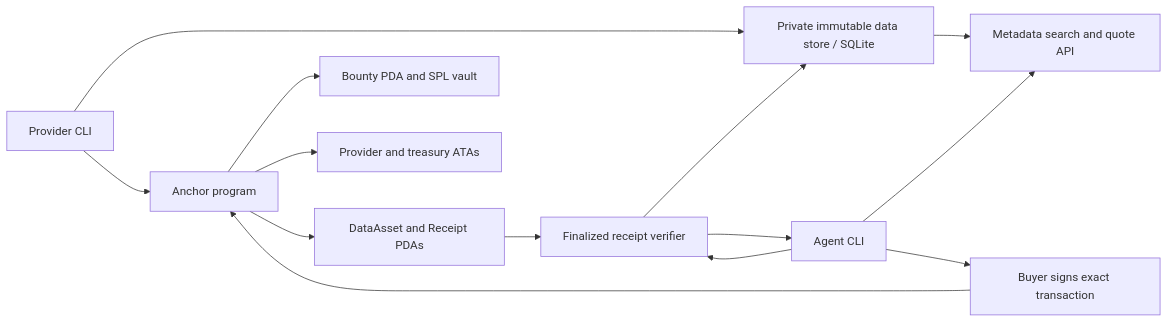
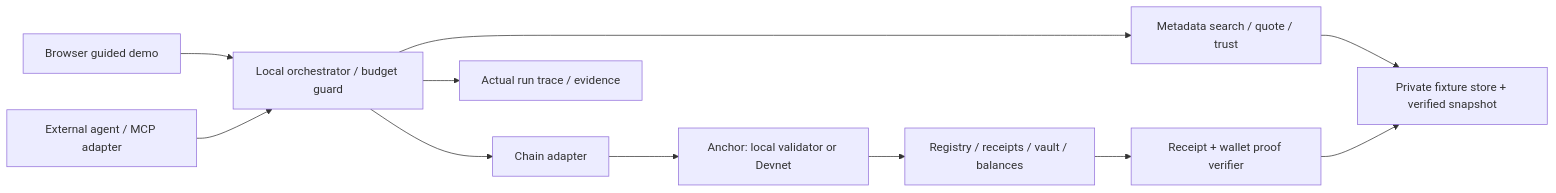
One commit to ofsng/agent-data-network changed the diagram in STARTUP-PACKAGE/06-ENGINEERING/ARCHITECTURE.md. Above: the diagram before and after it, drawn with Mermaid. The commit also changed other lines of this file and 48 other files, not shown here.

Commit message:
Docs: adopt V1.5 single-session package (archive excluded); bounty fixture v2

````diff
--- a/STARTUP-PACKAGE/06-ENGINEERING/ARCHITECTURE.md
+++ b/STARTUP-PACKAGE/06-ENGINEERING/ARCHITECTURE.md
@@ -4,16 +3,13 @@
 ```mermaid
 flowchart LR
-  P[Provider CLI] --> S[Private immutable data store / SQLite]
-  S --> Q[Metadata search and quote API]
-  A[Agent CLI] --> Q
-  A --> W[Buyer signs exact transaction]
-  P --> C[Anchor program]
-  W --> C
-  C --> R[DataAsset and Receipt PDAs]
-  C --> V[Bounty PDA and SPL vault]
-  C --> T[Provider and treasury ATAs]
-  R --> G[Finalized receipt verifier]
-  A --> G
-  G --> S
-  G --> A
+ U[Browser guided demo] --> O[Local orchestrator / budget guard]
+ M[External agent / MCP adapter] --> O
+ O --> Q[Metadata search / quote / trust]
+ Q --> S[Private fixture store + verified snapshot]
+ O --> A[Chain adapter]
+ A --> C[Anchor: local validator or Devnet]
+ C --> R[Registry / receipts / vault / balances]
+ R --> D[Receipt + wallet proof verifier]
+ D --> S
+ O --> E[Actual run trace / evidence]
 ```
````
